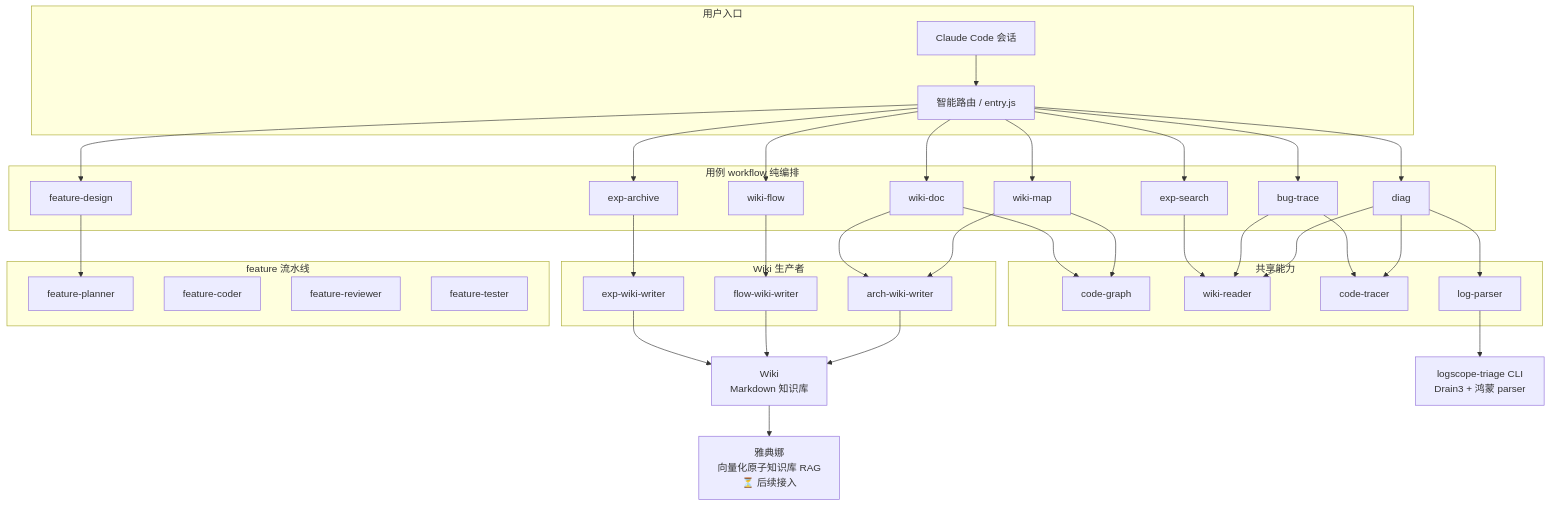
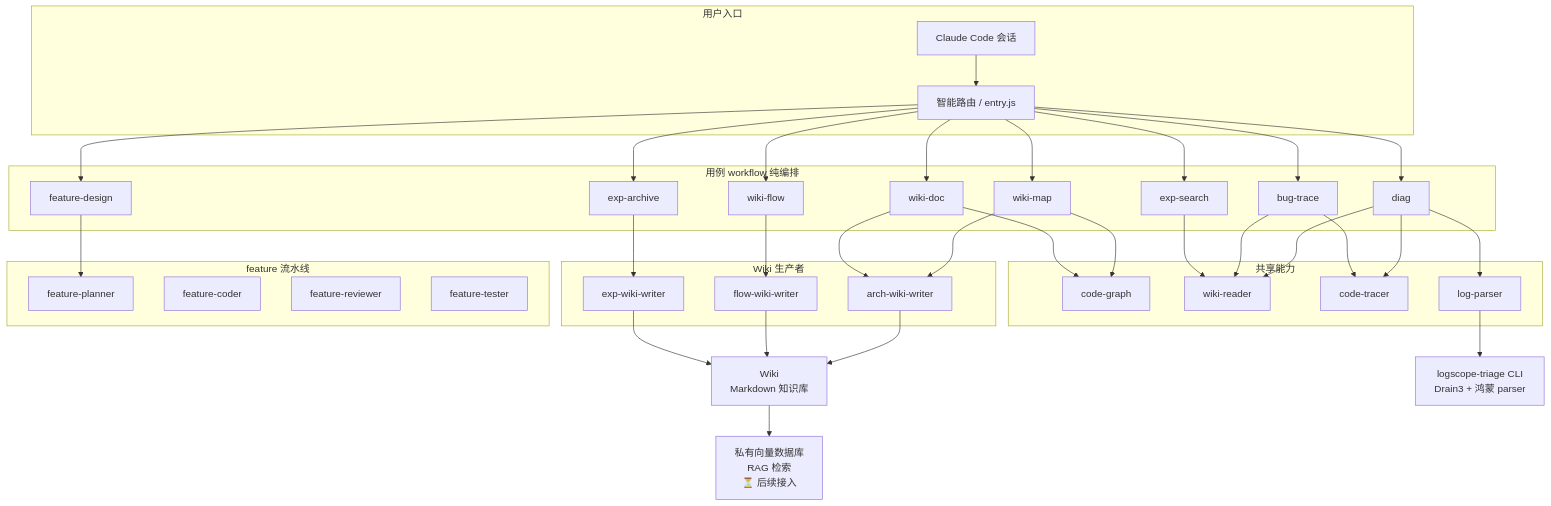
One commit to astronautJack/HiAgent changed the diagram in README.md. Above: the diagram before and after it, drawn with Mermaid. The commit also changed other lines of this file, not shown here.

````diff
--- a/README.md
+++ b/README.md
@@ -81,72 +101,72 @@
 ```mermaid
 flowchart TB
     subgraph UI[用户入口]
         Sess[Claude Code 会话]
         Entry["智能路由 / entry.js"]
     end
 
     subgraph WF[用例 workflow 纯编排]
         Diag[diag]
         BugT[bug-trace]
         FeatD[feature-design]
         WMap[wiki-map]
         WDoc[wiki-doc]
         WFlow[wiki-flow]
         ExpA[exp-archive]
         ExpS[exp-search]
     end
 
     subgraph CAP[共享能力]
         CG[code-graph]
         WR[wiki-reader]
         CT[code-tracer]
         LP[log-parser]
     end
 
     subgraph PROD[Wiki 生产者]
         AW[arch-wiki-writer]
         FW[flow-wiki-writer]
         EW[exp-wiki-writer]
     end
 
     subgraph FEAT[feature 流水线]
         FP[feature-planner]
         FC[feature-coder]
         FR[feature-reviewer]
         FT[feature-tester]
     end
 
     Wiki[Wiki<br/>Markdown 知识库]
     CLI["logscope-triage CLI<br/>Drain3 + 鸿蒙 parser"]
-    ATH["雅典娜<br/>向量化原子知识库 RAG<br/>⏳ 后续接入"]
+    ATH["私有向量数据库<br/>RAG 检索<br/>⏳ 后续接入"]
 
     Sess --> Entry
     Entry --> Diag
     Entry --> BugT
     Entry --> FeatD
     Entry --> WMap
     Entry --> WDoc
     Entry --> WFlow
     Entry --> ExpA
     Entry --> ExpS
 
     Diag --> LP
     Diag --> WR
     Diag --> CT
     BugT --> WR
     BugT --> CT
     FeatD --> FP
     WMap --> CG
     WMap --> AW
     WDoc --> CG
     WDoc --> AW
     WFlow --> FW
     ExpA --> EW
     ExpS --> WR
 
     AW --> Wiki
     FW --> Wiki
     EW --> Wiki
     LP --> CLI
     Wiki --> ATH
 ```
````
